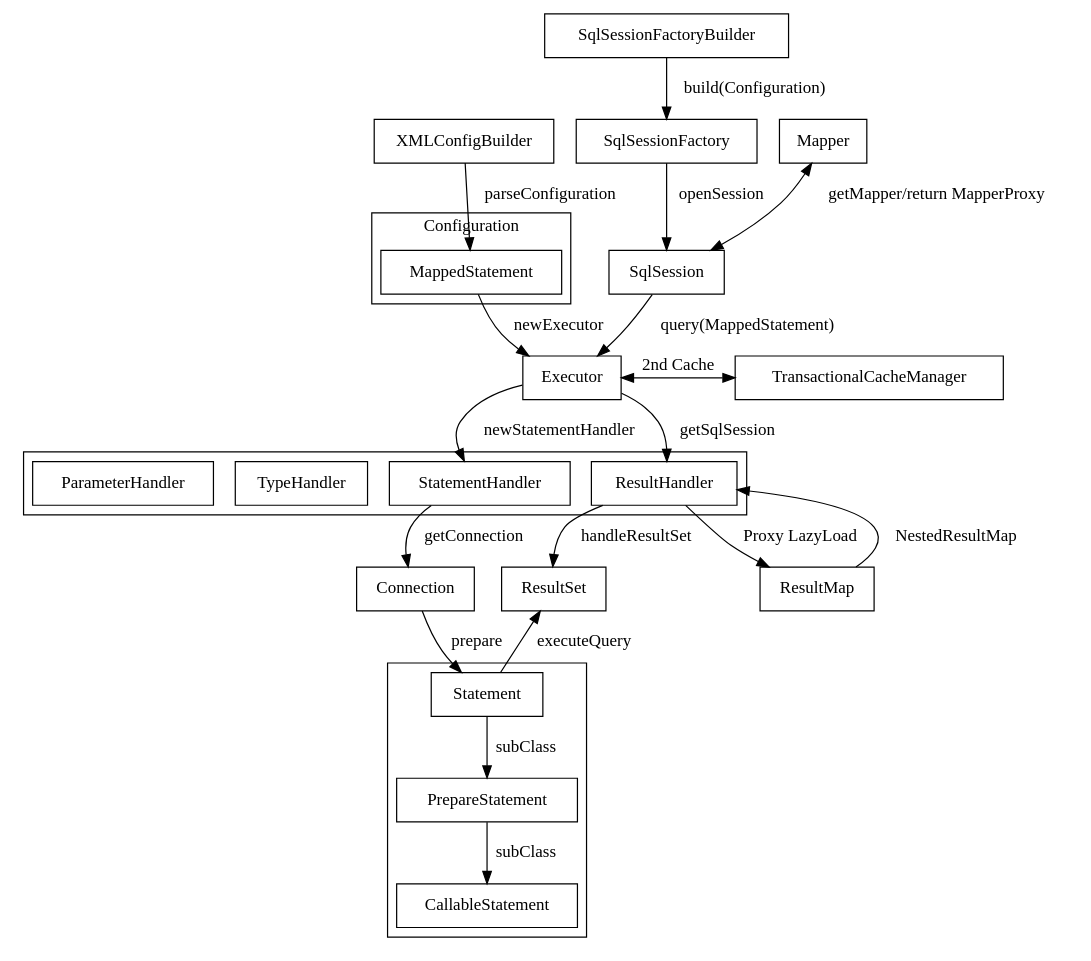
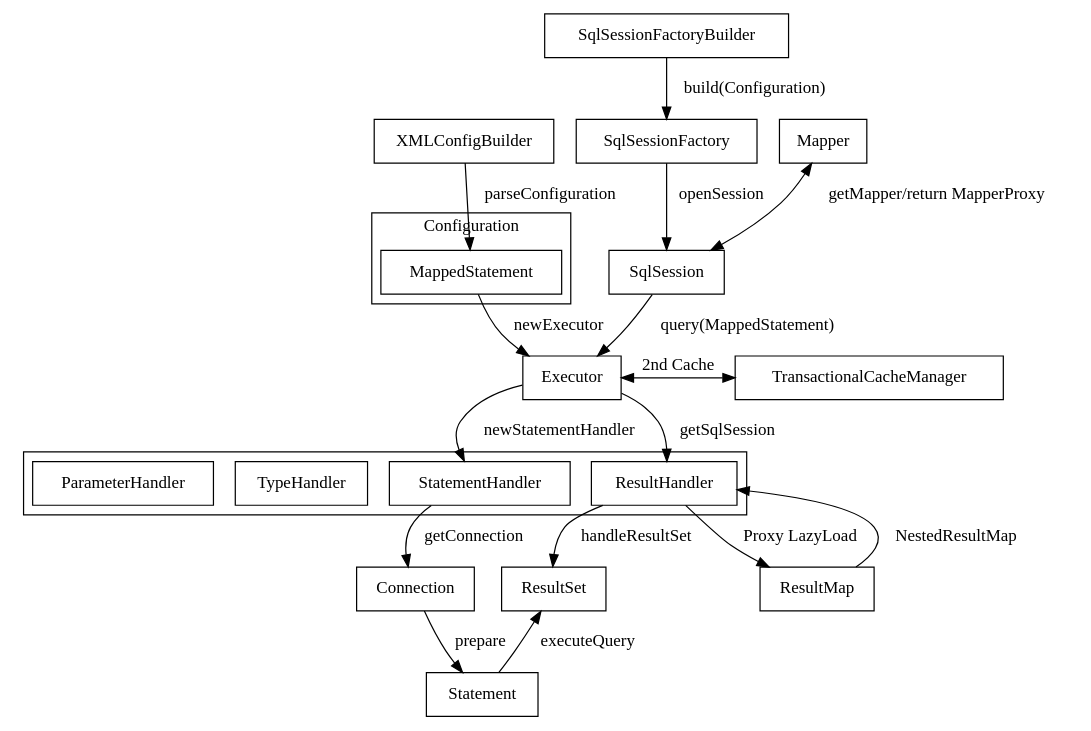
Before and after one commit to Robinpig/Note: the diagram in docs/CS/Java/MyBatis/MyBatis.md, drawn with Graphviz. The commit also changed other lines of this file and 6 other files, not shown here.

````diff
--- a/docs/CS/Java/MyBatis/MyBatis.md
+++ b/docs/CS/Java/MyBatis/MyBatis.md
@@ -22,70 +27,57 @@
 ```dot
 strict digraph {
 
     xml [shape="polygon" label="XMLConfigBuilder"]
     subgraph cluster_config {
     label="Configuration"
         ms [shape="polygon" label="MappedStatement"]
     }
     xml -> ms [label="parseConfiguration"]
   
     builder [shape="polygon" label="SqlSessionFactoryBuilder"]
     factory [shape="polygon" label="SqlSessionFactory"]
     session [shape="polygon" label="SqlSession"]
     builder -> factory [label="build(Configuration)"]
     factory -> session [label="openSession"]
     executor [shape="polygon" label="Executor"]
   
     ms -> executor [label="newExecutor" ltail=executor lhead=cluster_config]
   
   
     mapper [shape="polygon" label="Mapper"]
     mapper -> session [label="getMapper/return MapperProxy" dir = both]
   
     cache [shape="polygon" label="TransactionalCacheManager"]
     {rank="same"; executor;cache;}
     executor -> cache [label="2nd Cache" dir = both]
   
     subgraph cluster_handler {
         sh [shape="polygon" label="StatementHandler"]
         rh [shape="polygon" label="ResultHandler"]
         th [shape="polygon" label="TypeHandler"]
         ph [shape="polygon" label="ParameterHandler"]
         {rank="same"; sh;th;ph;rh;}
     
     }
   
     session -> executor [label="query(MappedStatement)"]
-    executor -> sh [label="newStatementHandler"]
+    executor -> sh [label="newStatementHandler" ]
     executor -> rh [label="getSqlSession"]
   
     conn [shape="polygon" label="Connection"]
     sh -> conn [label="getConnection"]
     conn -> st [label="prepare"]
   
-    subgraph cluster_st {
-    
-        st [shape="polygon" label="Statement"]
-        pr [shape="polygon" label="PrepareStatement"]
-        ca [shape="polygon" label="CallableStatement"]
-    
-    
-        st -> pr [label="subClass"]
-        pr -> ca [label="subClass"]
-    }
-  
-  
-   
-  
-  
+    st [shape="polygon" label="Statement"]
+
     re [shape="polygon" label="ResultSet"]
     map [shape="polygon" label="ResultMap"]
     {rank="same"; conn;re;}
   
     st -> re [label="executeQuery"]
     rh -> re [label="handleResultSet"]
     map -> rh [label="NestedResultMap"]
     rh -> map [label="Proxy LazyLoad"]
   
 }
 ```
````
